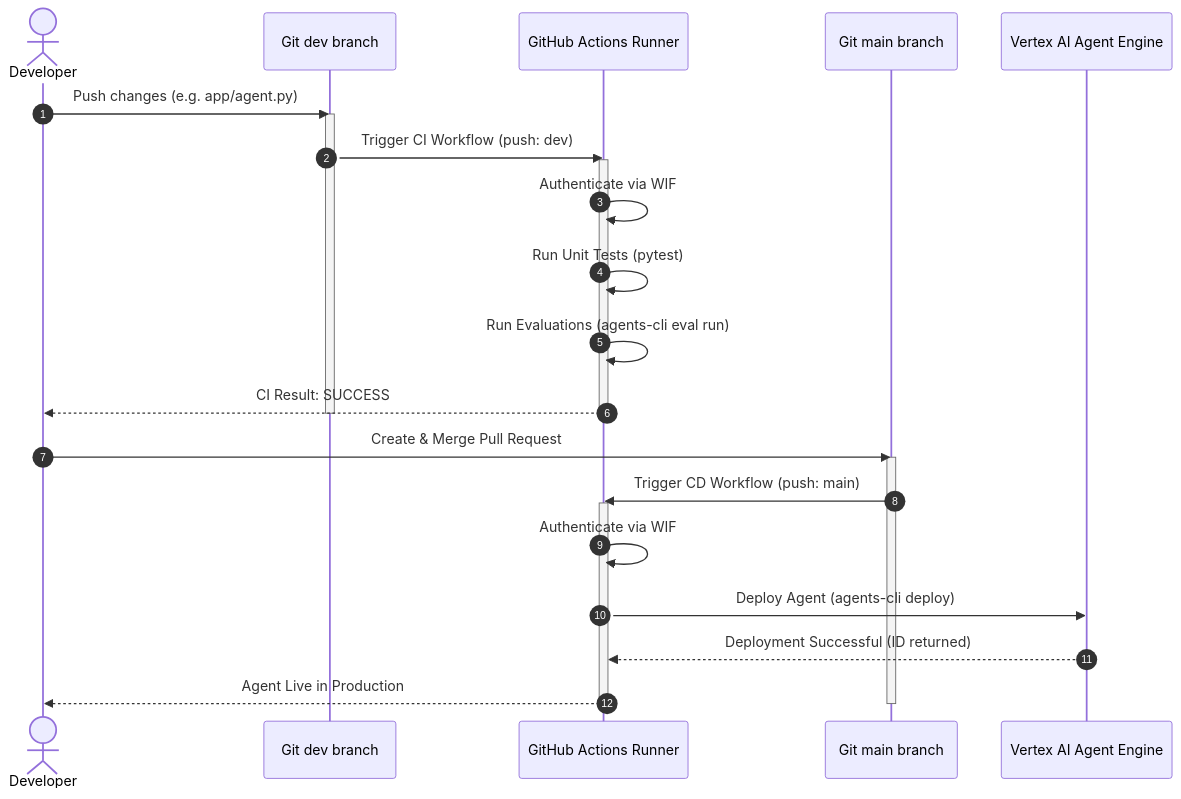
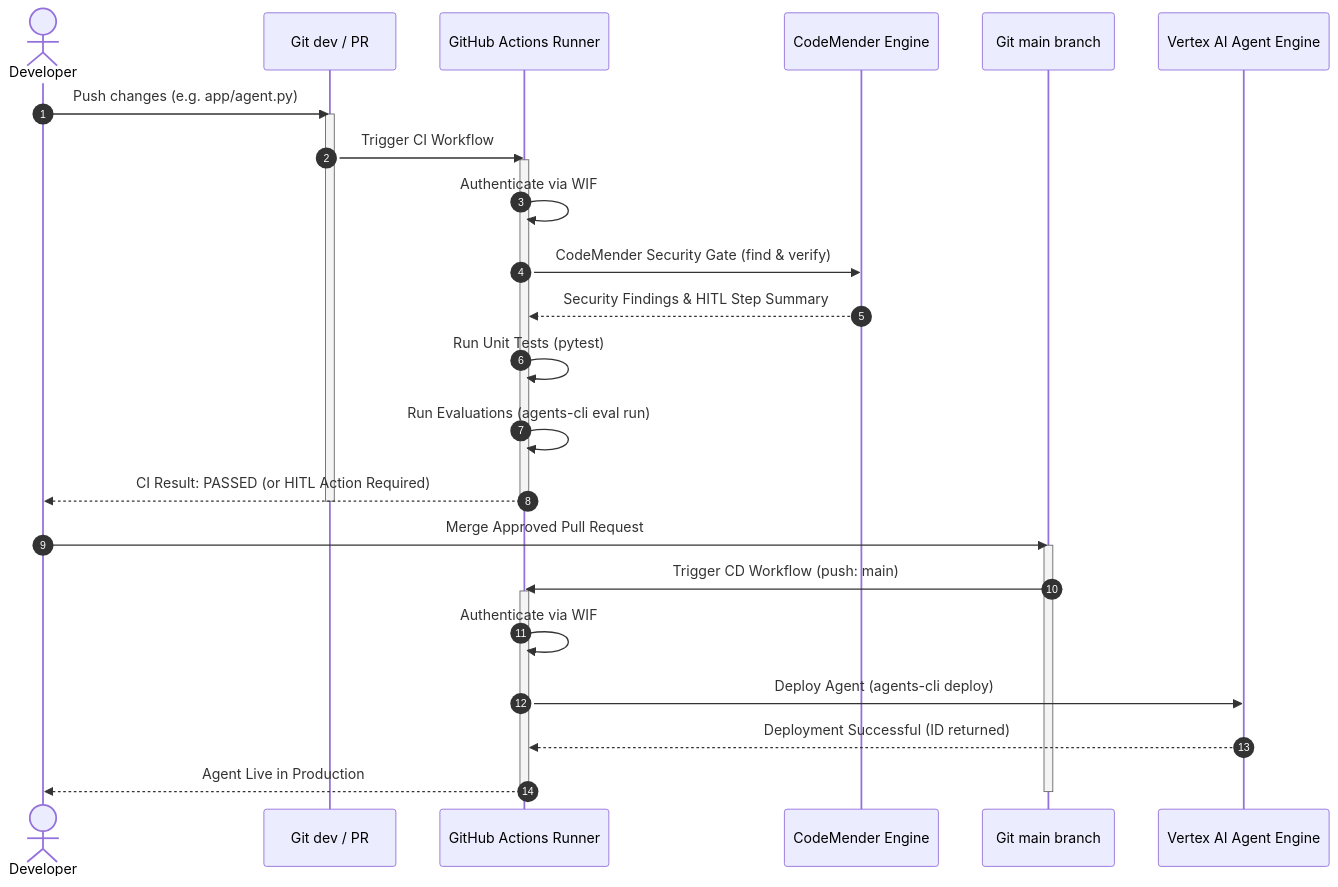
The second of 2 diagrams in README.md (lo-ronk-goog/twin-cities-concierage-agent), drawn with Mermaid before and after one commit. The commit also changed other lines of this file and 4 other files, not shown here.

Commit message:
ci: integrate CodeMender security review and unit test gate into dev workflow

````diff
--- a/README.md
+++ b/README.md
@@ -47,31 +49,34 @@
 ```mermaid
 sequenceDiagram
     autonumber
     actor Developer
-    participant GitDev as Git dev branch
+    participant GitDev as Git dev / PR
     participant GHA as GitHub Actions Runner
+    participant CM as CodeMender Engine
     participant GitMain as Git main branch
     participant AE as Vertex AI Agent Engine
 
     Developer->>GitDev: Push changes (e.g. app/agent.py)
     activate GitDev
-    GitDev->>GHA: Trigger CI Workflow (push: dev)
+    GitDev->>GHA: Trigger CI Workflow
     activate GHA
     GHA->>GHA: Authenticate via WIF
+    GHA->>CM: CodeMender Security Gate (find & verify)
+    CM-->>GHA: Security Findings & HITL Step Summary
     GHA->>GHA: Run Unit Tests (pytest)
     GHA->>GHA: Run Evaluations (agents-cli eval run)
-    GHA-->>Developer: CI Result: SUCCESS
+    GHA-->>Developer: CI Result: PASSED (or HITL Action Required)
     deactivate GHA
     deactivate GitDev
 
-    Developer->>GitMain: Create & Merge Pull Request
+    Developer->>GitMain: Merge Approved Pull Request
     activate GitMain
     GitMain->>GHA: Trigger CD Workflow (push: main)
     activate GHA
     GHA->>GHA: Authenticate via WIF
     GHA->>AE: Deploy Agent (agents-cli deploy)
     AE-->>GHA: Deployment Successful (ID returned)
     GHA-->>Developer: Agent Live in Production
     deactivate GHA
     deactivate GitMain
 ```
````
